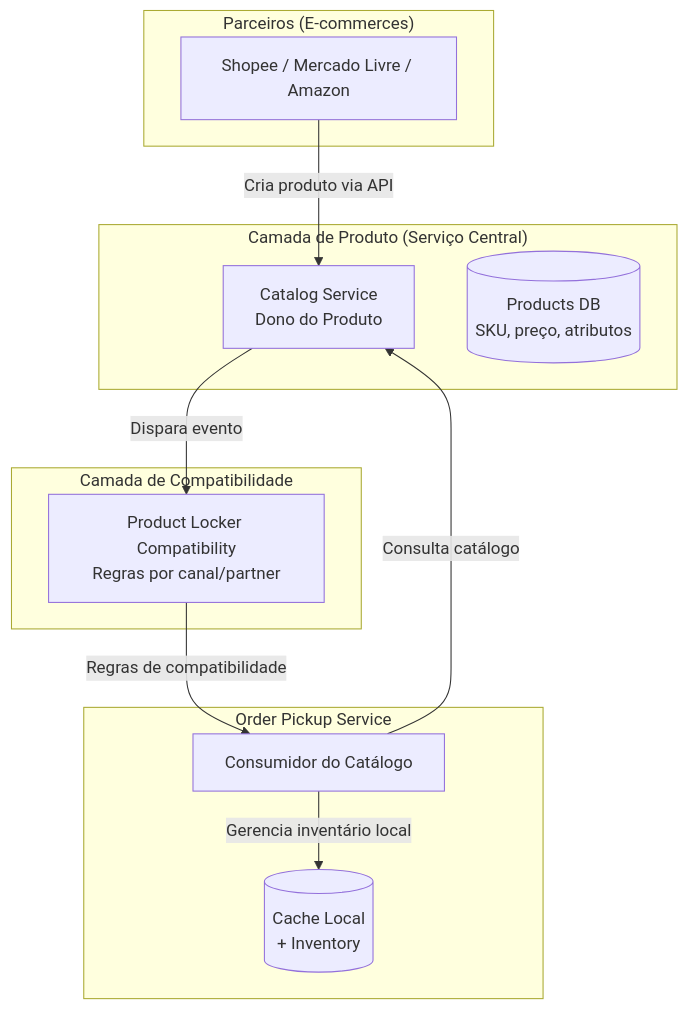
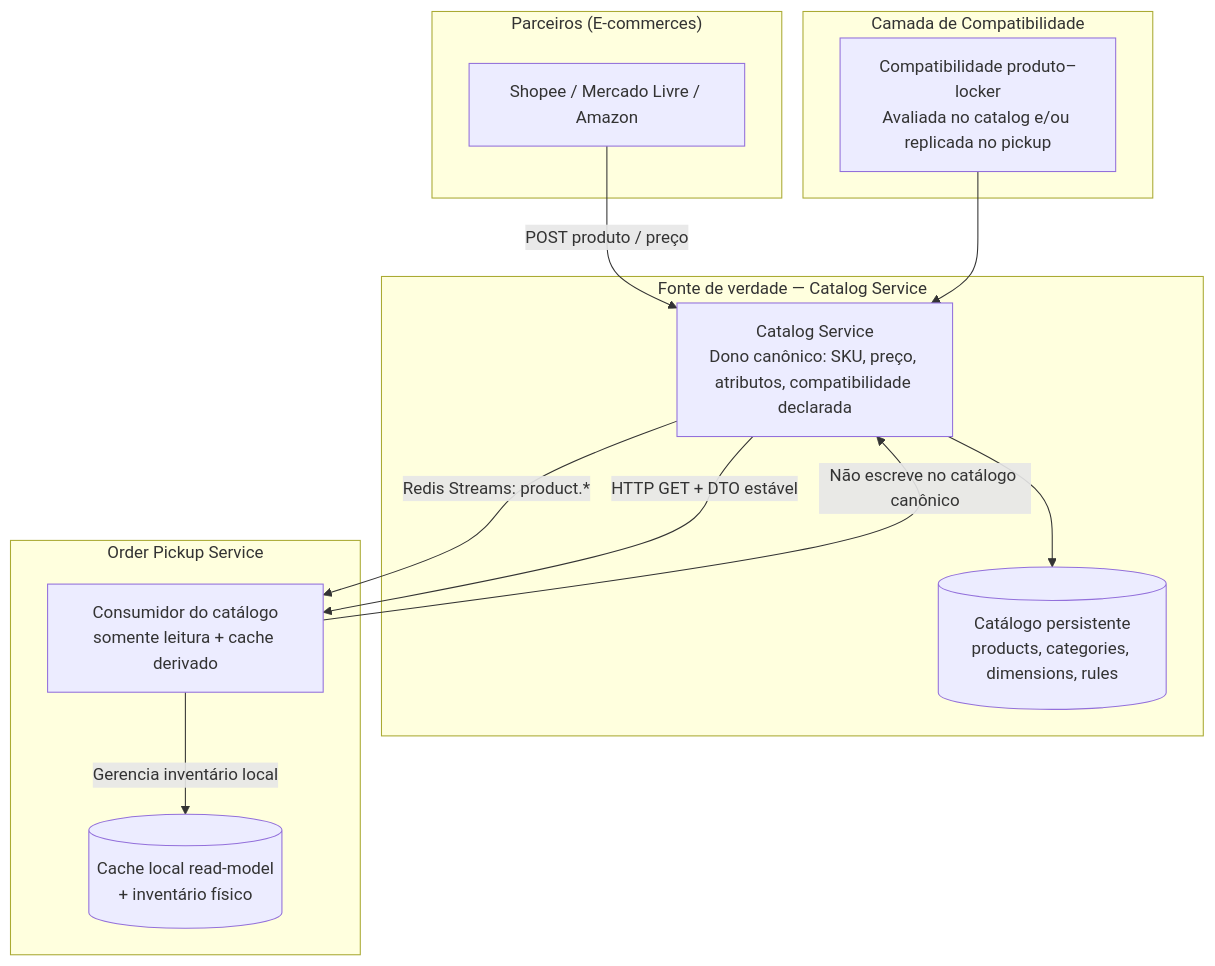
One commit to 1268marcos/ellan_lab changed the second of 3 diagrams in docs/visao_order_pickup_service.md. Above: the diagram before and after it, drawn with Mermaid. The commit also changed other lines of this file and 27 other files, not shown here.

Commit message:
Refatoração order_pickup_service - rev.03

````diff
--- a/docs/visao_order_pickup_service.md
+++ b/docs/visao_order_pickup_service.md
@@ -176,26 +176,28 @@
 ```mermaid
 graph TB
-    subgraph "Camada de Produto (Serviço Central)"
-        A[Catalog Service<br/>Dono do Produto]
-        B[(Products DB<br/>SKU, preço, atributos)]
+    subgraph "Fonte de verdade — Catalog Service"
+        A[Catalog Service<br/>Dono canônico: SKU, preço, atributos, compatibilidade declarada]
+        B[(Catálogo persistente<br/>products, categories, dimensions, rules)]
     end
 
     subgraph "Camada de Compatibilidade"
-        C[Product Locker Compatibility<br/>Regras por canal/partner]
+        C[Compatibilidade produto–locker<br/>Avaliada no catalog e/ou replicada no pickup]
     end
 
     subgraph "Order Pickup Service"
-        D[Consumidor do Catálogo]
-        E[(Cache Local<br/>+ Inventory)]
+        D[Consumidor do catálogo<br/>somente leitura + cache derivado]
+        E[(Cache local read-model<br/>+ inventário físico)]
     end
 
     subgraph "Parceiros (E-commerces)"
         F[Shopee / Mercado Livre / Amazon]
     end
 
-    F -->|Cria produto via API| A
-    A -->|Dispara evento| C
-    C -->|Regras de compatibilidade| D
-    D -->|Consulta catálogo| A
+    A --> B
+    F -->|POST produto / preço| A
+    A -->|Redis Streams: product.*| D
+    A -->|HTTP GET + DTO estável| D
+    C --> A
+    D -->|Não escreve no catálogo canônico| A
     D -->|Gerencia inventário local| E
 ```
````
